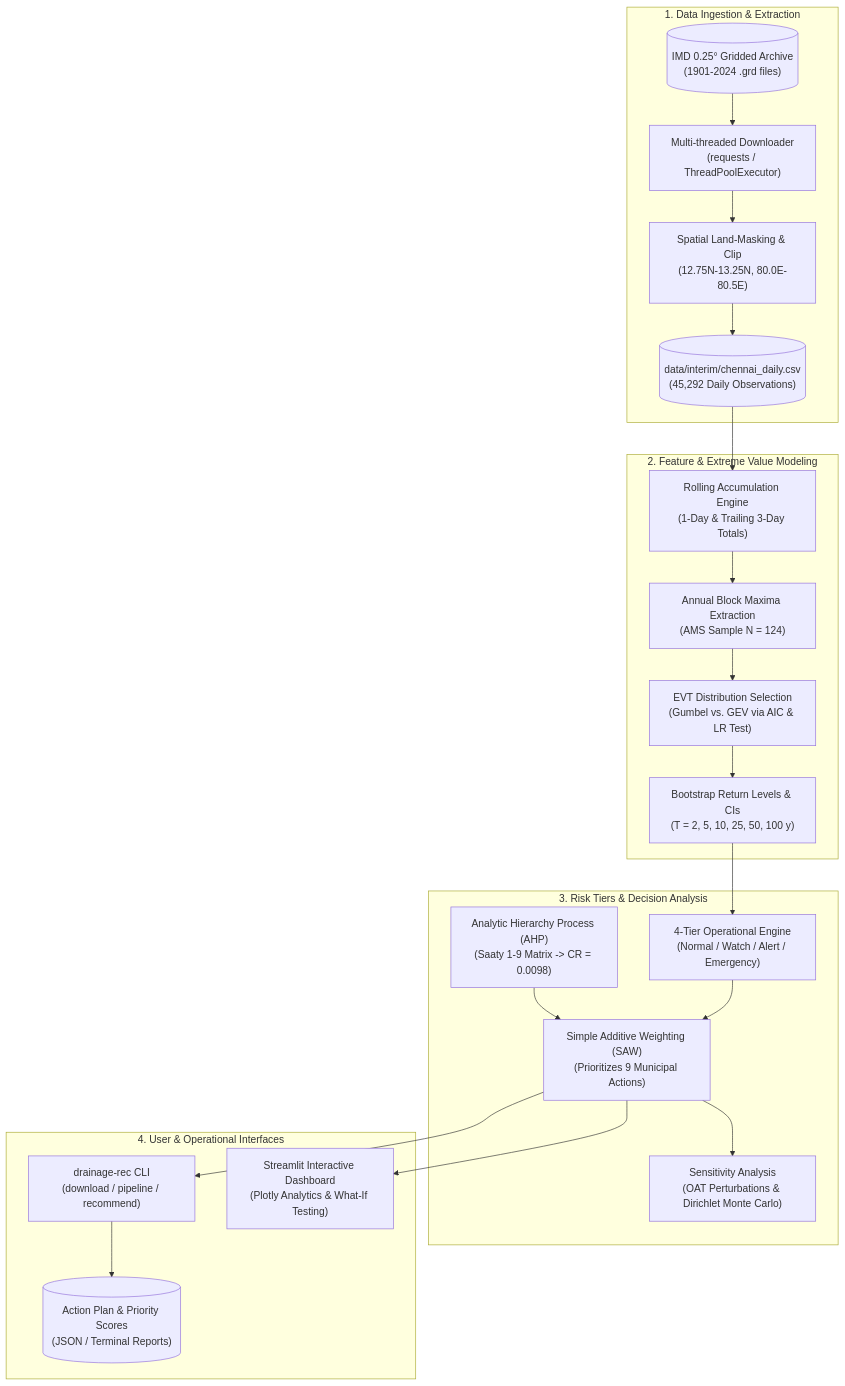
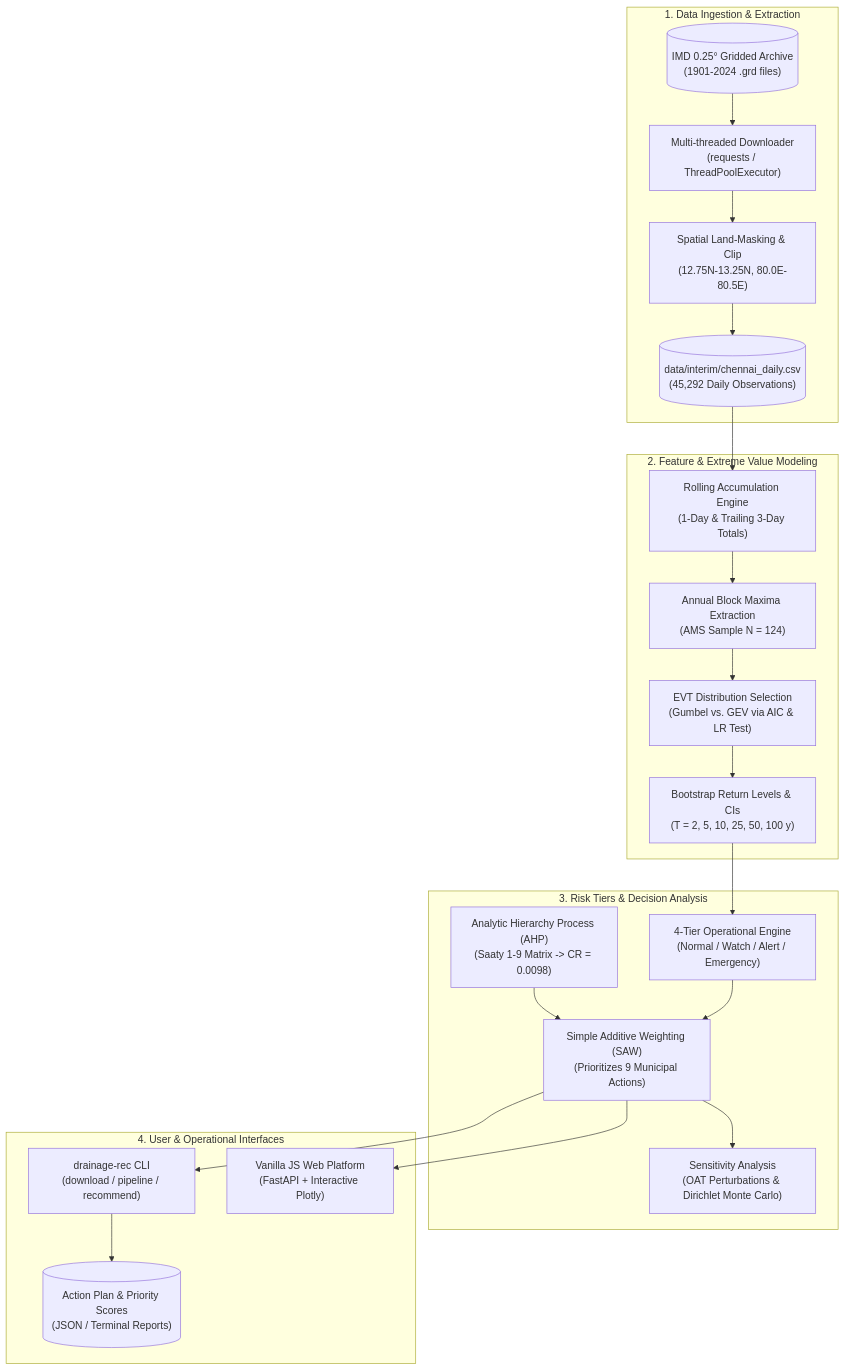
One commit to 2abhi2nav/drain-prep changed the diagram in README.md. Above: the diagram before and after it, drawn with Mermaid. The commit also changed other lines of this file and 17 other files, not shown here.

````diff
--- a/README.md
+++ b/README.md
@@ -26,36 +26,36 @@
 ```mermaid
 flowchart TD
     subgraph DataLayer["1. Data Ingestion & Extraction"]
         IMD[("IMD 0.25° Gridded Archive\n(1901-2024 .grd files)")]
         DL["Multi-threaded Downloader\n(requests / ThreadPoolExecutor)"]
         MASK["Spatial Land-Masking & Clip\n(12.75N-13.25N, 80.0E-80.5E)"]
         SERIES[("data/interim/chennai_daily.csv\n(45,292 Daily Observations)")]
         IMD --> DL --> MASK --> SERIES
     end
 
     subgraph FeatureLayer["2. Feature & Extreme Value Modeling"]
         ACC["Rolling Accumulation Engine\n(1-Day & Trailing 3-Day Totals)"]
         AMAX["Annual Block Maxima Extraction\n(AMS Sample N = 124)"]
         FIT["EVT Distribution Selection\n(Gumbel vs. GEV via AIC & LR Test)"]
         BOOT["Bootstrap Return Levels & CIs\n(T = 2, 5, 10, 25, 50, 100 y)"]
         SERIES --> ACC --> AMAX --> FIT --> BOOT
     end
 
     subgraph DecisionLayer["3. Risk Tiers & Decision Analysis"]
         TIERS["4-Tier Operational Engine\n(Normal / Watch / Alert / Emergency)"]
         AHP["Analytic Hierarchy Process (AHP)\n(Saaty 1-9 Matrix -> CR = 0.0098)"]
         SAW["Simple Additive Weighting (SAW)\n(Prioritizes 9 Municipal Actions)"]
         SENS["Sensitivity Analysis\n(OAT Perturbations & Dirichlet Monte Carlo)"]
         BOOT --> TIERS
         AHP --> SAW --> SENS
         TIERS --> SAW
     end
 
     subgraph PresentationLayer["4. User & Operational Interfaces"]
         CLI["drainage-rec CLI\n(download / pipeline / recommend)"]
-        DASH["Streamlit Interactive Dashboard\n(Plotly Analytics & What-If Testing)"]
+        DASH["Vanilla JS Web Platform\n(FastAPI + Interactive Plotly)"]
         RECS[("Action Plan & Priority Scores\n(JSON / Terminal Reports)")]
         SAW --> CLI --> RECS
         SAW --> DASH
     end
 ```
````
